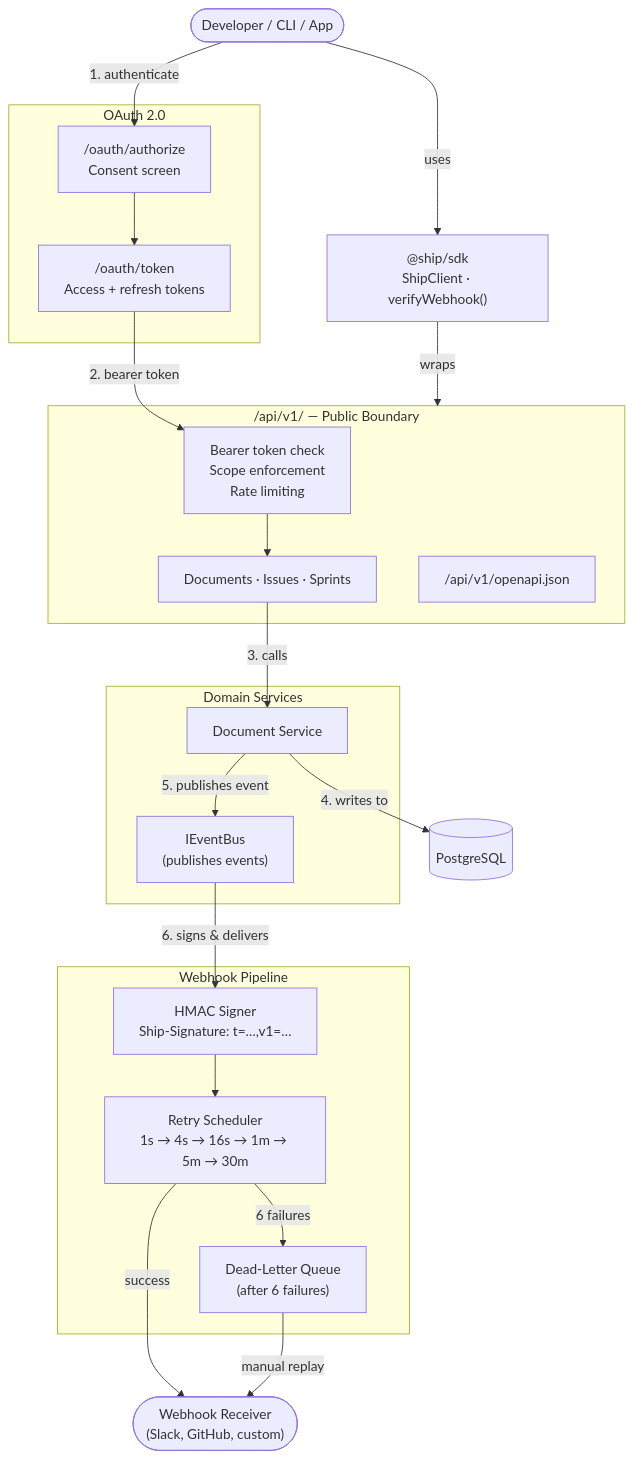
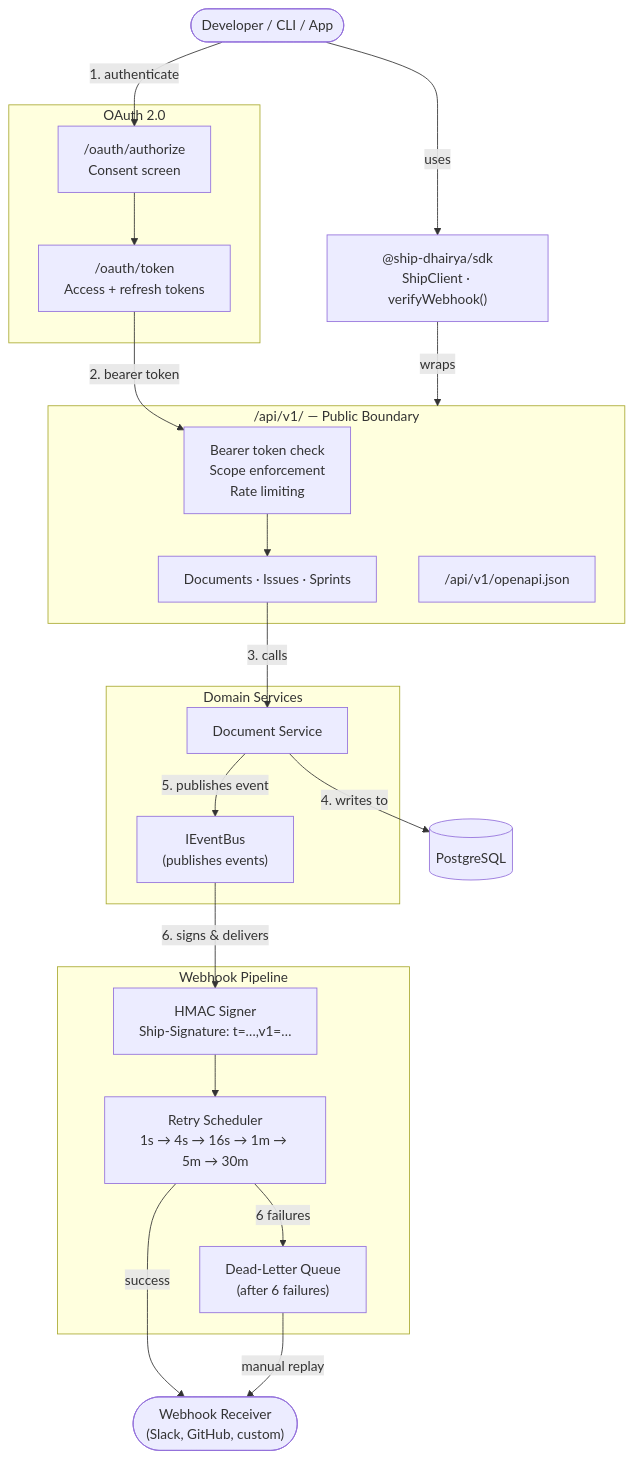
One commit to dhairyasurana007/ship changed the diagram in PLUGFORGE-FLOW.md. Above: the diagram before and after it, drawn with Mermaid. The commit also changed other lines of this file and 22 other files, not shown here.

````diff
--- a/PLUGFORGE-FLOW.md
+++ b/PLUGFORGE-FLOW.md
@@ -3,47 +3,47 @@
 ```mermaid
 flowchart TD
     Client(["Developer / CLI / App"])
 
     subgraph Auth ["OAuth 2.0"]
         Authorize["/oauth/authorize\nConsent screen"]
         Token["/oauth/token\nAccess + refresh tokens"]
     end
 
     subgraph PublicAPI ["/api/v1/ — Public Boundary"]
         Middleware["Bearer token check\nScope enforcement\nRate limiting"]
         Resources["Documents · Issues · Sprints"]
         OpenAPI["/api/v1/openapi.json"]
     end
 
     subgraph Domain ["Domain Services"]
         DocService["Document Service"]
         EventBus["IEventBus\n(publishes events)"]
     end
 
     subgraph Webhooks ["Webhook Pipeline"]
         Signer["HMAC Signer\nShip-Signature: t=…,v1=…"]
         Retry["Retry Scheduler\n1s → 4s → 16s → 1m → 5m → 30m"]
         DLQ["Dead-Letter Queue\n(after 6 failures)"]
     end
 
     DB[("PostgreSQL")]
 
-    SDK["@ship/sdk\nShipClient · verifyWebhook()"]
+    SDK["@ship-dhairya/sdk\nShipClient · verifyWebhook()"]
 
     Receiver(["Webhook Receiver\n(Slack, GitHub, custom)"])
 
     Client -->|"1. authenticate"| Authorize
     Authorize --> Token
     Token -->|"2. bearer token"| Middleware
     Middleware --> Resources
     Resources -->|"3. calls"| DocService
     DocService -->|"4. writes to"| DB
     DocService -->|"5. publishes event"| EventBus
     EventBus -->|"6. signs & delivers"| Signer
     Signer --> Retry
     Retry -->|"success"| Receiver
     Retry -->|"6 failures"| DLQ
     DLQ -->|"manual replay"| Receiver
     SDK -->|"wraps"| PublicAPI
     Client -->|"uses"| SDK
 ```
````
